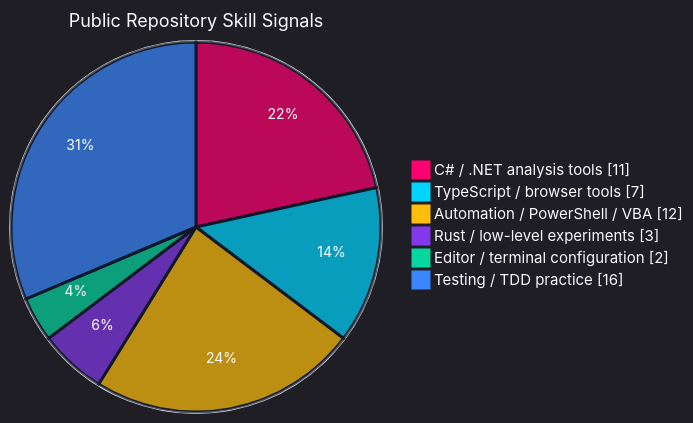
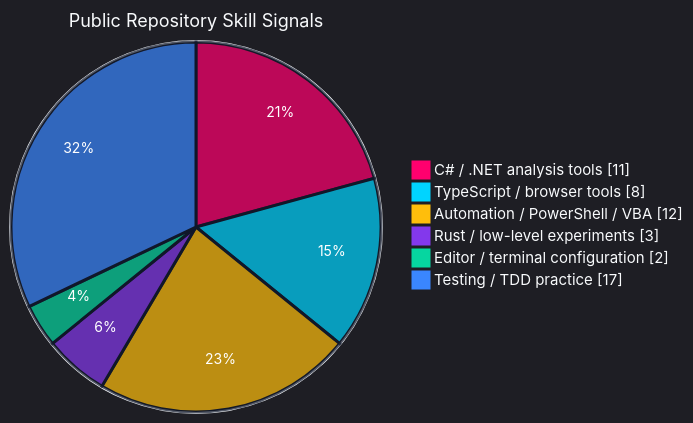
The first of 4 diagrams in README.md (SSsan-00/SSsan-00), drawn with Mermaid before and after one commit. The commit also changed other lines of this file and 2 other files, not shown here.

````diff
--- a/README.md
+++ b/README.md
@@ -44,11 +44,11 @@
 ```mermaid
 %%{init: {"theme":"dark","themeVariables":{"background":"#0f172a","mainBkg":"#0f172a","textColor":"#f8fafc","primaryTextColor":"#f8fafc","pieStrokeColor":"#0f172a","pieStrokeWidth":"3px","pieOuterStrokeColor":"#f8fafc","pieOuterStrokeWidth":"2px","pieTitleTextColor":"#f8fafc","pieTitleTextSize":"18px","pieLegendTextColor":"#f8fafc","pieLegendTextSize":"15px","pieSectionTextColor":"#ffffff","pieSectionTextSize":"14px","pie1":"#ff006e","pie2":"#00d4ff","pie3":"#ffbe0b","pie4":"#8338ec","pie5":"#06d6a0","pie6":"#3a86ff"}}}%%
 pie showData
   title Public Repository Skill Signals
   "C# / .NET analysis tools" : 11
-  "TypeScript / browser tools" : 7
+  "TypeScript / browser tools" : 8
   "Automation / PowerShell / VBA" : 12
   "Rust / low-level experiments" : 3
   "Editor / terminal configuration" : 2
-  "Testing / TDD practice" : 16
+  "Testing / TDD practice" : 17
 ```
````
